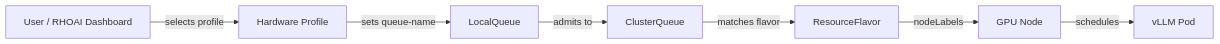
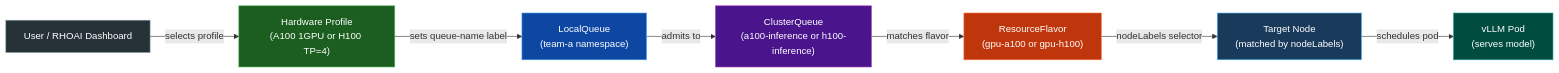
Before and after one commit to rrbanda/gpu-as-a-service-examples: the second of 5 diagrams in heterogeneous-gpu-tiered-inference/README.md, drawn with Mermaid. The commit also changed other lines of this file and 8 other files, not shown here.

````diff
--- a/heterogeneous-gpu-tiered-inference/README.md
+++ b/heterogeneous-gpu-tiered-inference/README.md
@@ -23,17 +107,25 @@
 ```mermaid
 flowchart LR
     User["User / RHOAI Dashboard"]
-    HP["Hardware Profile"]
-    LQ["LocalQueue"]
-    CQ["ClusterQueue"]
-    RF["ResourceFlavor"]
-    Node["GPU Node"]
-    vLLM["vLLM Pod"]
+    HP["Hardware Profile<br/>(A100 1GPU or H100 TP=4)"]
+    LQ["LocalQueue<br/>(team-a namespace)"]
+    CQ["ClusterQueue<br/>(a100-inference or h100-inference)"]
+    RF["ResourceFlavor<br/>(gpu-a100 or gpu-h100)"]
+    Node["Target Node<br/>(matched by nodeLabels)"]
+    vLLM["vLLM Pod<br/>(serves model)"]
 
     User -->|"selects profile"| HP
-    HP -->|"sets queue-name"| LQ
+    HP -->|"sets queue-name label"| LQ
     LQ -->|"admits to"| CQ
     CQ -->|"matches flavor"| RF
-    RF -->|"nodeLabels"| Node
-    Node -->|"schedules"| vLLM
+    RF -->|"nodeLabels selector"| Node
+    Node -->|"schedules pod"| vLLM
+
+    style User fill:#263238,stroke:#90a4ae,color:#fff
+    style HP fill:#1b5e20,stroke:#66bb6a,color:#fff
+    style LQ fill:#0d47a1,stroke:#42a5f5,color:#fff
+    style CQ fill:#4a148c,stroke:#ab47bc,color:#fff
+    style RF fill:#bf360c,stroke:#ff7043,color:#fff
+    style Node fill:#1a3a5c,stroke:#4fc3f7,color:#fff
+    style vLLM fill:#004d40,stroke:#26a69a,color:#fff
 ```
````
